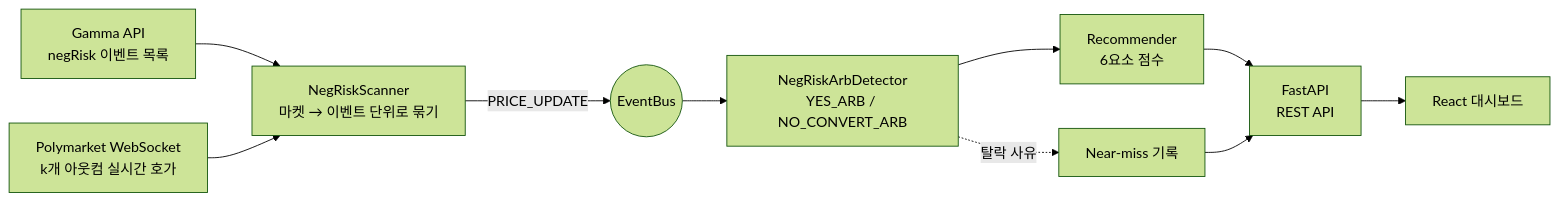
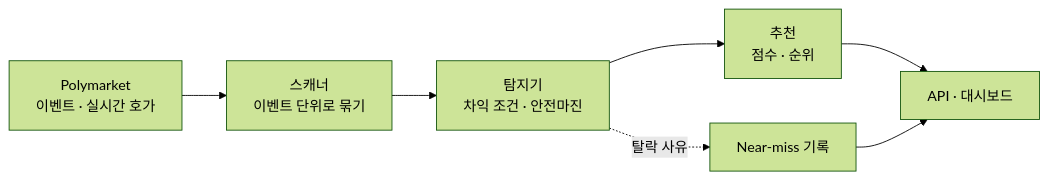
The diagram in README.md (hadan-HwH/polly-bot), drawn with Mermaid (forest theme) before and after one commit. The commit also changed other lines of this file, not shown here.

````diff
--- a/README.md
+++ b/README.md
@@ -203,12 +68,9 @@
 ```mermaid
 flowchart LR
-    G["Gamma API<br/>negRisk 이벤트 목록"] --> S["NegRiskScanner<br/>마켓 → 이벤트 단위로 묶기"]
-    W["Polymarket WebSocket<br/>k개 아웃컴 실시간 호가"] --> S
-    S -- PRICE_UPDATE --> B(("EventBus"))
-    B --> D["NegRiskArbDetector<br/>YES_ARB / NO_CONVERT_ARB"]
-    D --> R["Recommender<br/>6요소 점수"]
-    D -. 탈락 사유 .-> N["Near-miss 기록"]
-    R --> API["FastAPI<br/>REST API"]
-    N --> API
-    API --> UI["React 대시보드"]
+    A["Polymarket<br/>이벤트 · 실시간 호가"] --> B["스캐너<br/>이벤트 단위로 묶기"]
+    B --> C["탐지기<br/>차익 조건 · 안전마진"]
+    C --> D["추천<br/>점수 · 순위"]
+    C -. 탈락 사유 .-> E["Near-miss 기록"]
+    D --> F["API · 대시보드"]
+    E --> F
 ```
````
